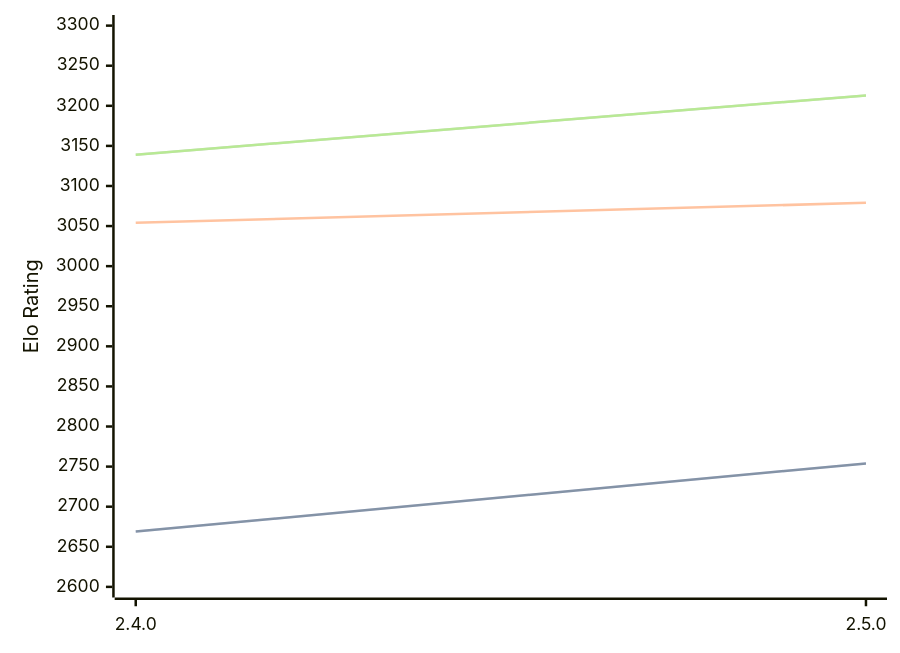
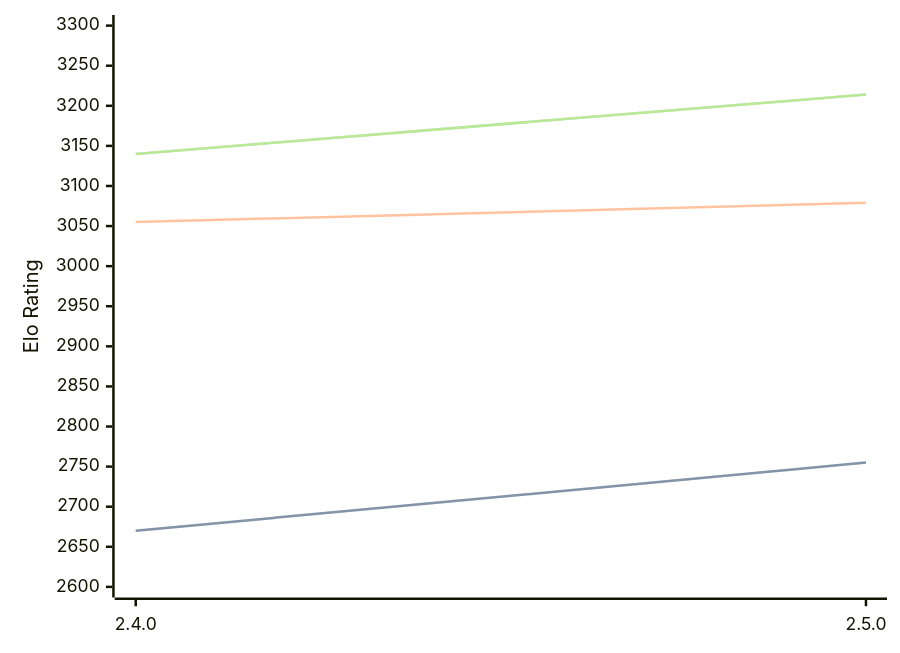
Before and after one commit to computer-chess-index/cci: the diagram in engines/Sturddle2.md, drawn with Mermaid. The commit also changed other lines of this file, not shown here.

Commit message:
Update CCI Ratings (ELO VLTC) - 2026-05-12

````diff
--- a/engines/Sturddle2.md
+++ b/engines/Sturddle2.md
@@ -37,11 +37,11 @@
 ```mermaid
 %%{init: {"theme":"base","themeVariables":{"seriesColors:['#a3a3a3','#222221','#faa371']}}}%%
 xychart-beta
   x-axis ["2.4.0", "2.5.0"]
   y-axis "Elo Rating" 2600 --> 3300
-  line "STC (8.0+0.08s)" [2669, 2754]
-  line "STC (8.0+0.08s)" [2669, 2754]
-  line "LTC (60.0+0.60s)" [3054, 3079]
-  line "VLTC (2m24s+1.12s)" [3139, 3213]
-  line "VLTC (2m24s+1.12s)" [3139, 3213]
+  line "STC (8.0+0.08s)" [2670, 2755]
+  line "STC (8.0+0.08s)" [2670, 2755]
+  line "LTC (60.0+0.60s)" [3055, 3079]
+  line "VLTC (2m24s+1.12s)" [3140, 3214]
+  line "VLTC (2m24s+1.12s)" [3140, 3214]
 ```
````
